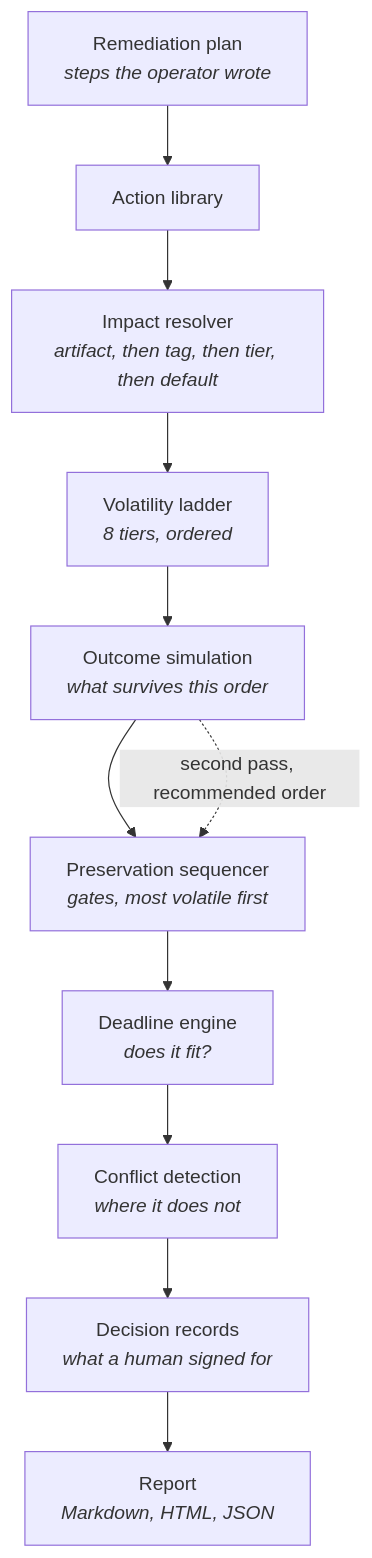
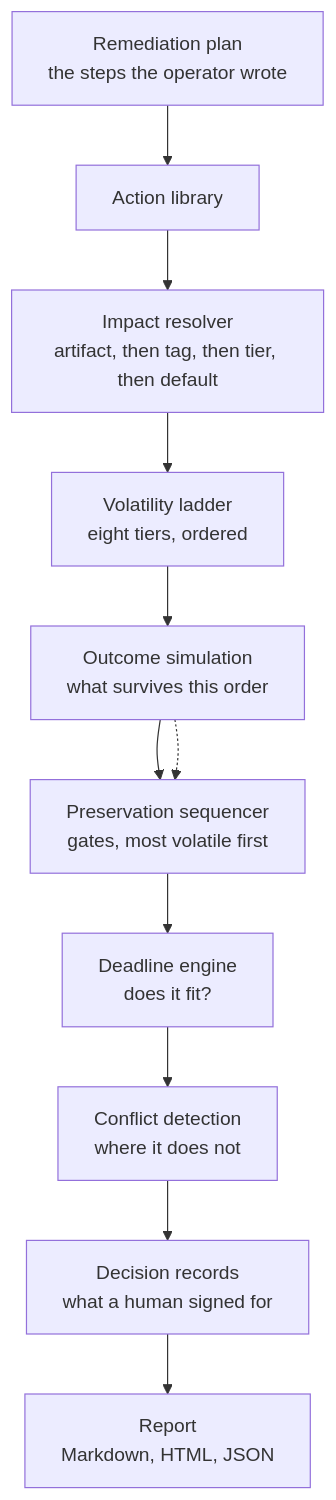
The second of 2 diagrams in README.md (het-P301204/TOURNIQUET), drawn with Mermaid before and after one commit. The commit also changed other lines of this file, not shown here.

Commit message:
Fix the Mermaid diagrams so GitHub renders them
The first flowchart used `with` and `without` as subgraph identifiers and
the `~~~` invisible-link operator to place them side by side. GitHub's
Mermaid refused the whole block with 'Unable to render rich display', which
meant the most important diagram in the README shipped as a wall of source.

Both are now plain identifiers and plain labels: no reserved words, no
invisible links, and no HTML tags inside node text, which is the other thing
GitHub's renderer is inconsistent about.

````diff
--- a/README.md
+++ b/README.md
@@ -94,14 +92,13 @@
 ```mermaid
 flowchart TD
-    A["Remediation plan<br/><i>steps the operator wrote</i>"] --> B[Action library]
-    B --> C["Impact resolver<br/><i>artifact, then tag, then tier, then default</i>"]
-    C --> D["Volatility ladder<br/><i>8 tiers, ordered</i>"]
-    D --> E["Outcome simulation<br/><i>what survives this order</i>"]
-    E --> F["Preservation sequencer<br/><i>gates, most volatile first</i>"]
-    F --> G["Deadline engine<br/><i>does it fit?</i>"]
-    G --> H["Conflict detection<br/><i>where it does not</i>"]
-    H --> I["Decision records<br/><i>what a human signed for</i>"]
-    I --> J["Report<br/><i>Markdown, HTML, JSON</i>"]
-
-    E -.->|"second pass, recommended order"| F
+    A["Remediation plan<br/>the steps the operator wrote"] --> B[Action library]
+    B --> C["Impact resolver<br/>artifact, then tag, then tier, then default"]
+    C --> D["Volatility ladder<br/>eight tiers, ordered"]
+    D --> E["Outcome simulation<br/>what survives this order"]
+    E --> F["Preservation sequencer<br/>gates, most volatile first"]
+    F --> G["Deadline engine<br/>does it fit?"]
+    G --> H["Conflict detection<br/>where it does not"]
+    H --> I["Decision records<br/>what a human signed for"]
+    I --> J["Report<br/>Markdown, HTML, JSON"]
+    E -.-> F
 ```
````
